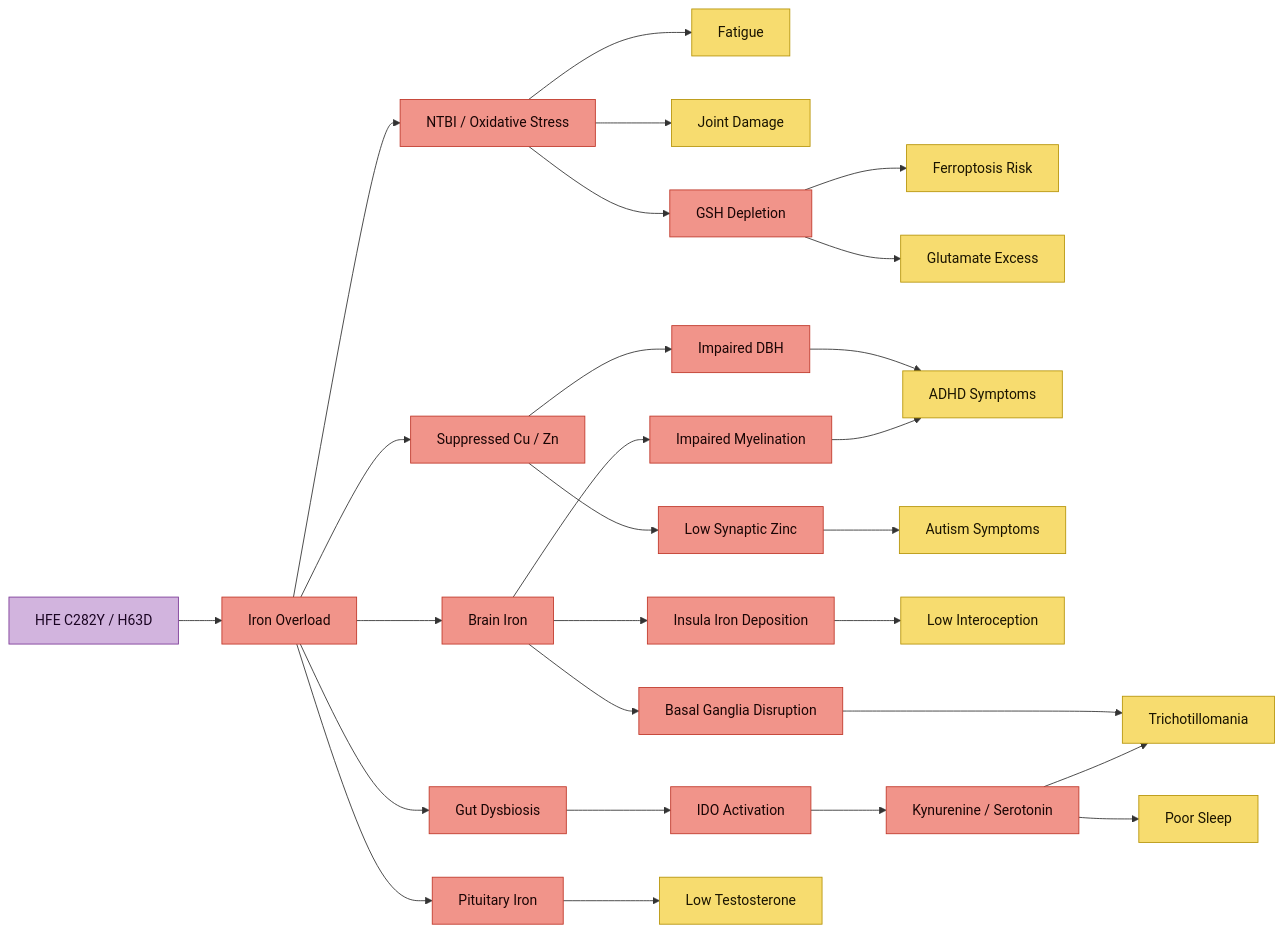
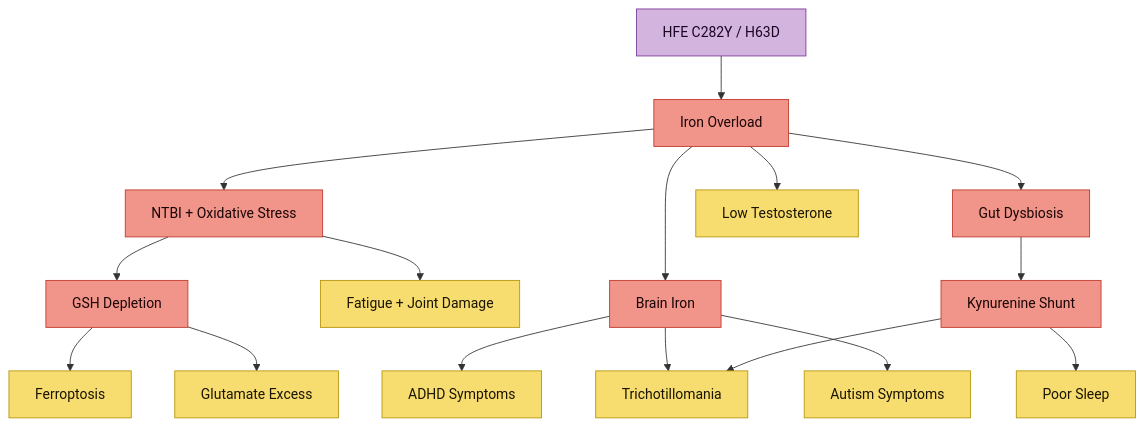
Before and after one commit to Aegis-commits/ag-hfe-adhd-asd-research: the first of 3 diagrams in Health Research MOC.md, drawn with Mermaid. The commit also changed other lines of this file and 15 other files, not shown here.

First line of the commit message:
docs(vault): fix edge labels, compact MOC diagrams, soften partner guide, add NAC guide

````diff
--- a/Health Research MOC.md
+++ b/Health Research MOC.md
@@ -147,38 +147,26 @@
 ```mermaid
-flowchart LR
+flowchart TD
     classDef gen fill:#d2b4de,stroke:#7d3c98,color:#1a0422
     classDef iron fill:#f1948a,stroke:#c0392b,color:#1a0505
     classDef out fill:#f7dc6f,stroke:#b7950b,color:#1a1400
 
     A[HFE C282Y / H63D]:::gen --> B[Iron Overload]:::iron
-    B --> C[NTBI / Oxidative Stress]:::iron
-    B --> D[Suppressed Cu / Zn]:::iron
+    B --> C[NTBI + Oxidative Stress]:::iron
     B --> I[Brain Iron]:::iron
     B --> N[Gut Dysbiosis]:::iron
-    B --> AW[Pituitary Iron]:::iron
 
-    C --> E[Fatigue]:::out
-    C --> F[Joint Damage]:::out
+    C --> E[Fatigue + Joint Damage]:::out
     C --> GSH[GSH Depletion]:::iron
-    GSH --> FPT[Ferroptosis Risk]:::out
+    GSH --> FPT[Ferroptosis]:::out
     GSH --> GLU[Glutamate Excess]:::out
 
-    D --> DBH[Impaired DBH]:::iron
-    D --> ZN[Low Synaptic Zinc]:::iron
-    DBH --> ADHD[ADHD Symptoms]:::out
-    ZN --> ASD[Autism Symptoms]:::out
+    I --> ADHD[ADHD Symptoms]:::out
+    I --> TTM[Trichotillomania]:::out
+    I --> ASD[Autism Symptoms]:::out
 
-    I --> BG[Basal Ganglia Disruption]:::iron
-    I --> MY[Impaired Myelination]:::iron
-    I --> INS[Insula Iron Deposition]:::iron
-    BG --> TTM[Trichotillomania]:::out
-    MY --> ADHD
-    INS --> INT[Low Interoception]:::out
-
-    N --> IDO[IDO Activation]:::iron
-    IDO --> KYN[Kynurenine / Serotonin]:::iron
+    N --> KYN[Kynurenine Shunt]:::iron
     KYN --> TTM
     KYN --> SLP[Poor Sleep]:::out
 
-    AW --> TEST[Low Testosterone]:::out
+    B --> TEST[Low Testosterone]:::out
 ```
````
